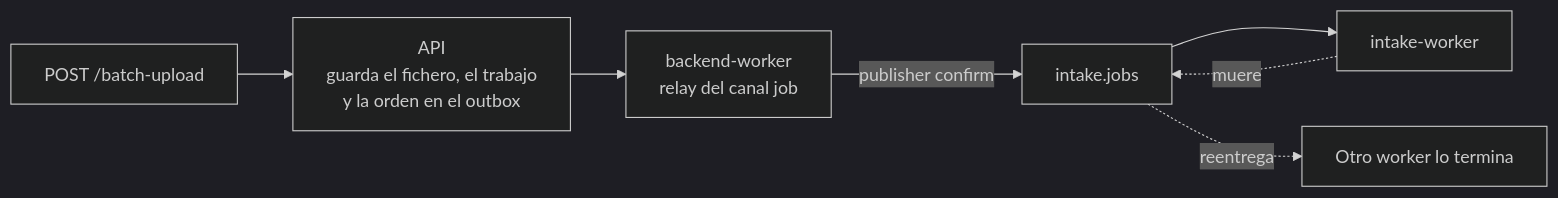
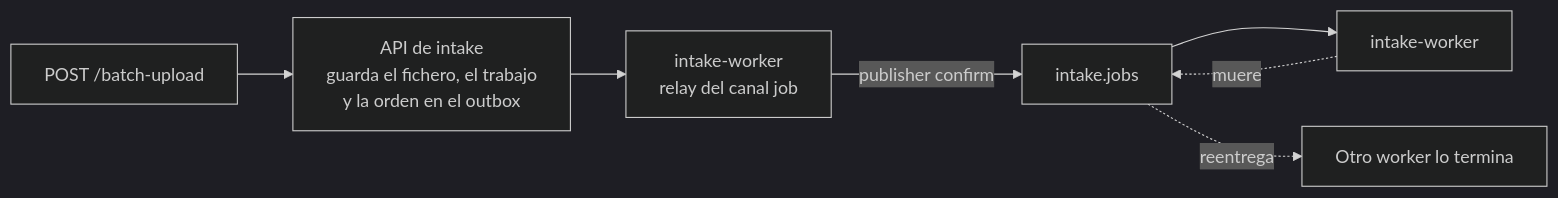
Before and after one commit to MDCIrony/leads-hexa: the first of 3 diagrams in docs/content/eventos/rabbitmq.md, drawn with Mermaid (dark theme). The commit also changed other lines of this file and 33 other files, not shown here.

````diff
--- a/docs/content/eventos/rabbitmq.md
+++ b/docs/content/eventos/rabbitmq.md
@@ -15,9 +15,9 @@
 ```mermaid
 flowchart LR
-    B1["POST /batch-upload"] --> B2["API<br/>guarda el fichero, el trabajo<br/>y la orden en el outbox"]
-    B2 --> B6["backend-worker<br/>relay del canal job"]
+    B1["POST /batch-upload"] --> B2["API de intake<br/>guarda el fichero, el trabajo<br/>y la orden en el outbox"]
+    B2 --> B6["intake-worker<br/>relay del canal job"]
     B6 -->|"publisher confirm"| B3["intake.jobs"]
     B3 --> B4["intake-worker"]
     B4 -.->|muere| B3
     B3 -.->|reentrega| B5["Otro worker lo termina"]
 ```
````
